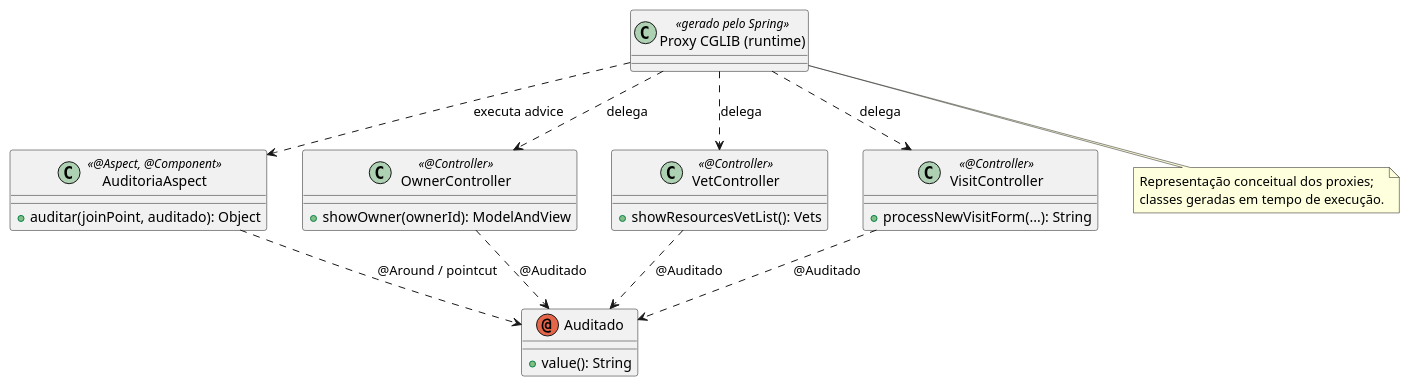
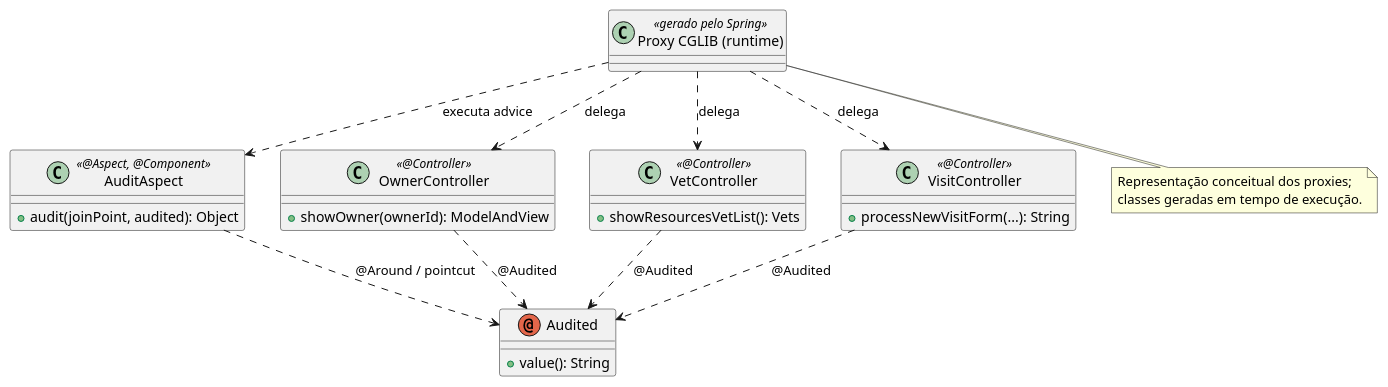
One commit to GabrielKayran/spring-petclinic changed the diagram in docs/uml/puml/07_classes_aop.puml. Above: the diagram before and after it, drawn with PlantUML. The commit also changed 115 other files, not shown here.

```diff
--- a/docs/uml/puml/07_classes_aop.puml
+++ b/docs/uml/puml/07_classes_aop.puml
@@ -1,32 +1,32 @@
 @startuml
 skinparam backgroundColor white
 skinparam shadowing false
-annotation Auditado {
+annotation Audited {
  + value(): String
 }
-class AuditoriaAspect <<@Aspect, @Component>> {
- + auditar(joinPoint, auditado): Object
+class AuditAspect <<@Aspect, @Component>> {
+ + audit(joinPoint, audited): Object
 }
 class OwnerController <<@Controller>> {
   + showOwner(ownerId): ModelAndView
 }
 class VetController <<@Controller>> {
   + showResourcesVetList(): Vets
 }
 class VisitController <<@Controller>> {
   + processNewVisitForm(...): String
 }
 class "Proxy CGLIB (runtime)" as Proxy <<gerado pelo Spring>>
-AuditoriaAspect ..> Auditado : @Around / pointcut
-OwnerController ..> Auditado : @Auditado
-VetController ..> Auditado : @Auditado
-VisitController ..> Auditado : @Auditado
-Proxy ..> AuditoriaAspect : executa advice
+AuditAspect ..> Audited : @Around / pointcut
+OwnerController ..> Audited : @Audited
+VetController ..> Audited : @Audited
+VisitController ..> Audited : @Audited
+Proxy ..> AuditAspect : executa advice
 Proxy ..> OwnerController : delega
 Proxy ..> VetController : delega
 Proxy ..> VisitController : delega
 note bottom of Proxy
   Representação conceitual dos proxies;
   classes geradas em tempo de execução.
 end note
 @enduml
```
